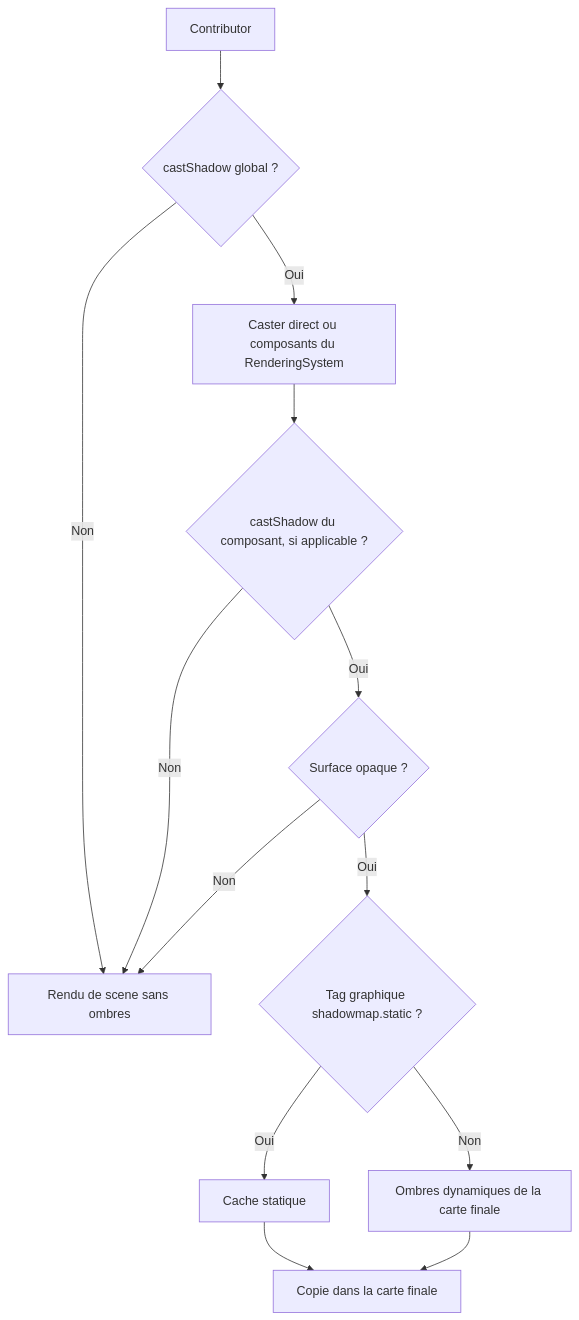
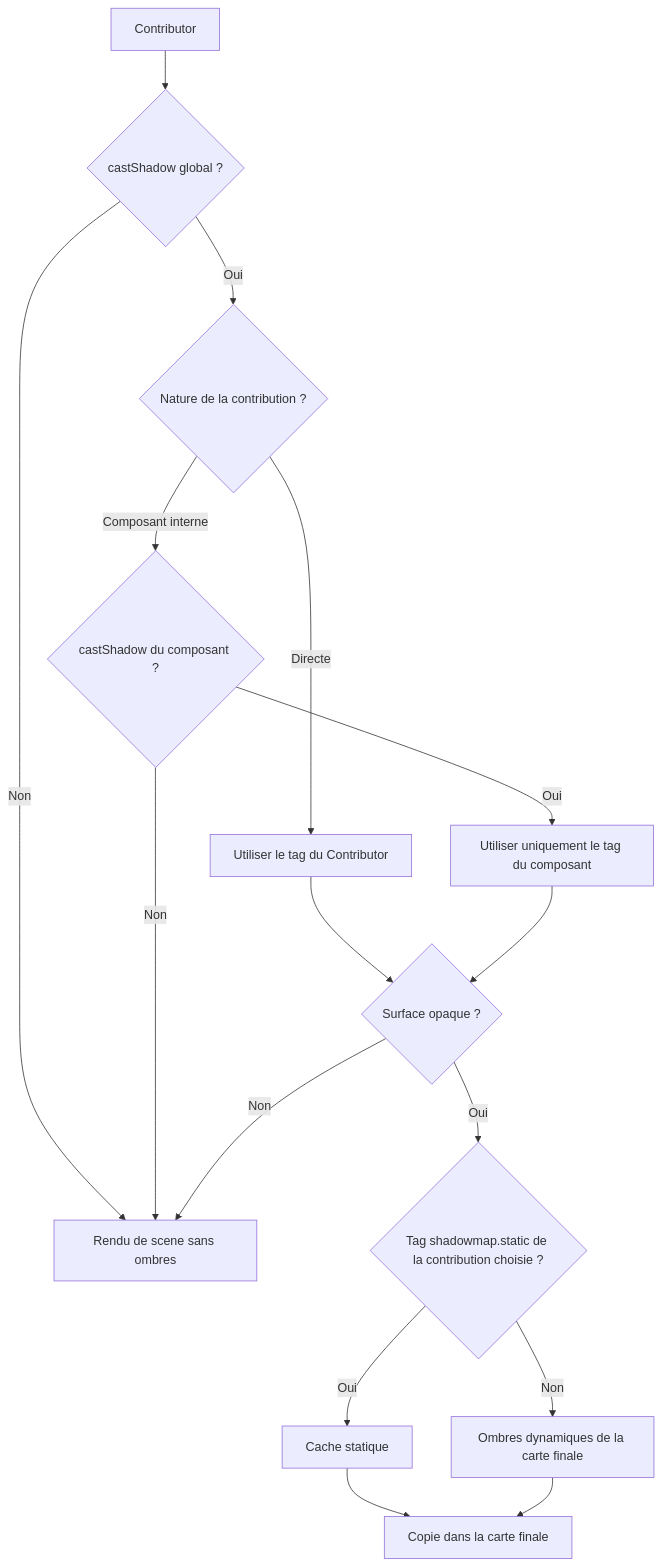
One commit to EreliaStudio/Sparkle changed diagram 12 of 13 in docs/voxel-engine-v0.1.4-specification.md. Above: the diagram before and after it, drawn with Mermaid. The commit also changed other lines of this file, not shown here.

Commit message:
docs(v0.1.4): forbid implicit shadow tag inheritance in RenderingSystem

````diff
--- a/docs/voxel-engine-v0.1.4-specification.md
+++ b/docs/voxel-engine-v0.1.4-specification.md
@@ -1016,15 +1019,18 @@
 ```mermaid
 flowchart TD
   C["Contributor"] --> A{"castShadow global ?"}
   A -->|"Non"| None["Rendu de scene sans ombres"]
-  A -->|"Oui"| Obj["Caster direct ou composants du RenderingSystem"]
-  Obj --> B{"castShadow du composant, si applicable ?"}
+  A -->|"Oui"| Obj{"Nature de la contribution ?"}
+  Obj -->|"Directe"| Direct["Utiliser le tag du Contributor"]
+  Obj -->|"Composant interne"| B{"castShadow du composant ?"}
   B -->|"Non"| None
-  B -->|"Oui"| O{"Surface opaque ?"}
+  B -->|"Oui"| Child["Utiliser uniquement le tag du composant"]
+  Direct --> O{"Surface opaque ?"}
+  Child --> O
   O -->|"Non"| None
-  O -->|"Oui"| T{"Tag graphique shadowmap.static ?"}
+  O -->|"Oui"| T{"Tag shadowmap.static de la contribution choisie ?"}
   T -->|"Oui"| Static["Cache statique"]
   T -->|"Non"| Dynamic["Ombres dynamiques de la carte finale"]
   Static --> Final["Copie dans la carte finale"]
   Dynamic --> Final
 ```
````
